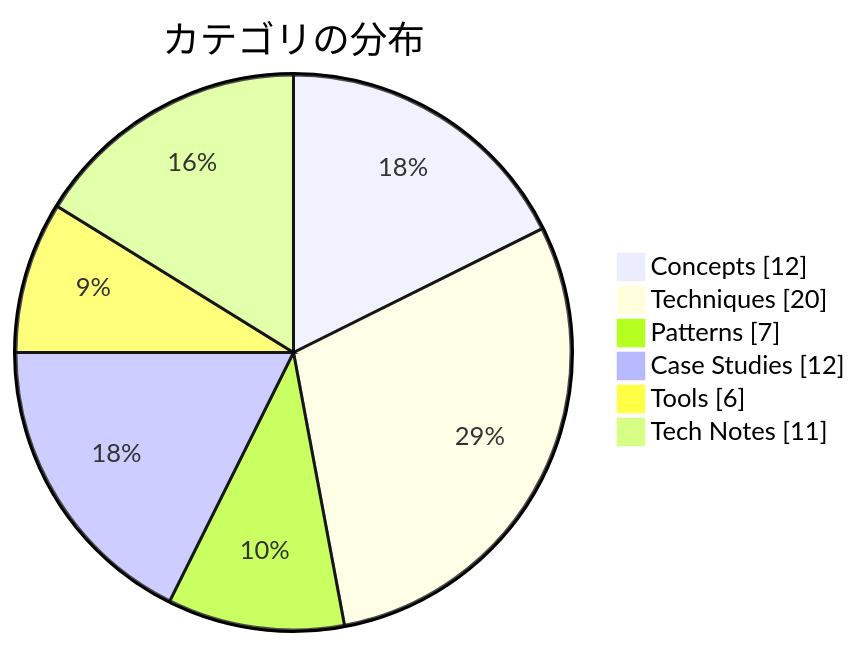
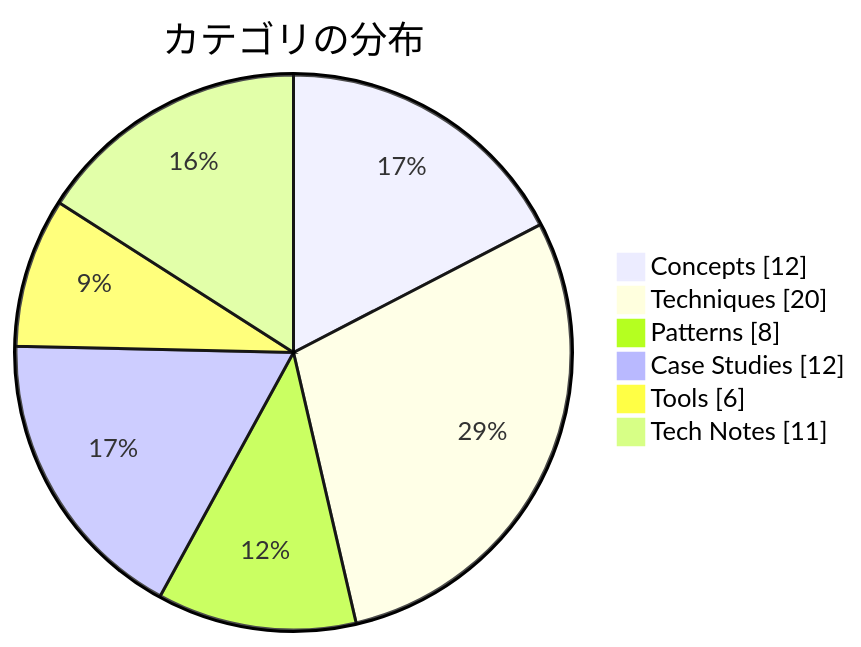
Before and after one commit to dinekt/dinekt-wiki: the second of 2 diagrams in docs/index.md, drawn with Mermaid. The commit also changed other lines of this file and 5 other files, not shown here.

````diff
--- a/docs/index.md
+++ b/docs/index.md
@@ -37,9 +37,9 @@
 ```mermaid
 pie showData title カテゴリの分布
     "Concepts" : 12
     "Techniques" : 20
-    "Patterns" : 7
+    "Patterns" : 8
     "Case Studies" : 12
     "Tools" : 6
     "Tech Notes" : 11
 ```
````
